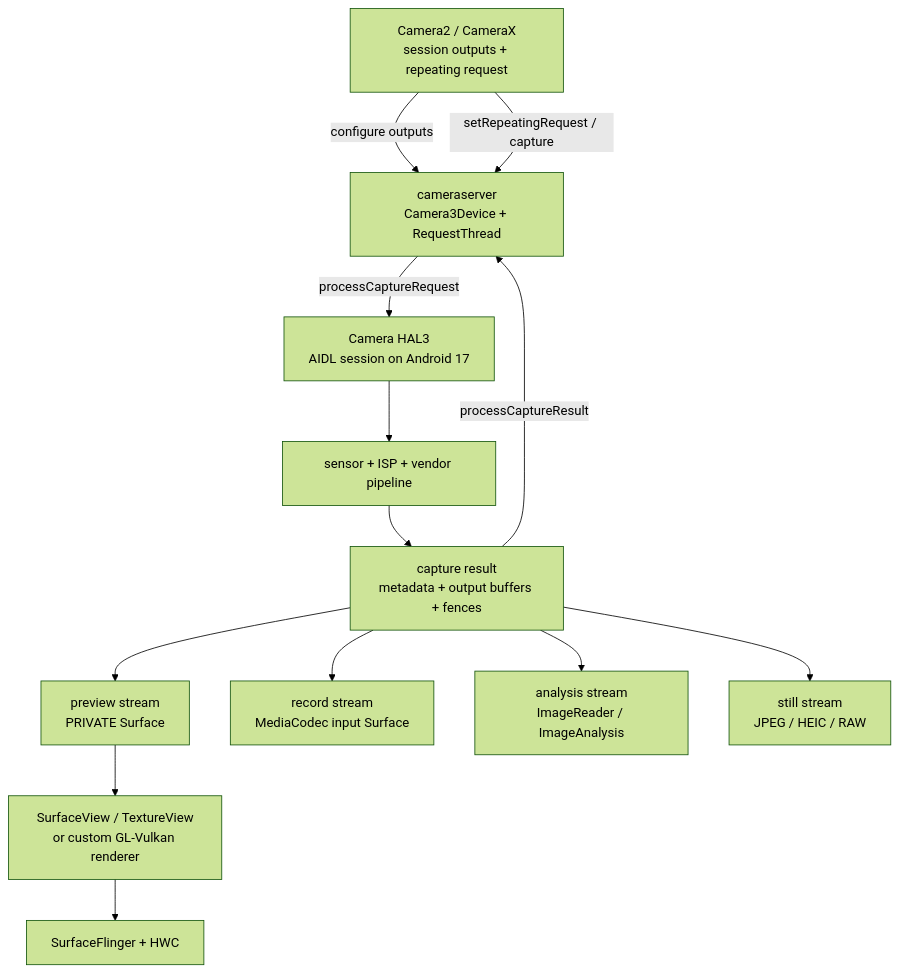
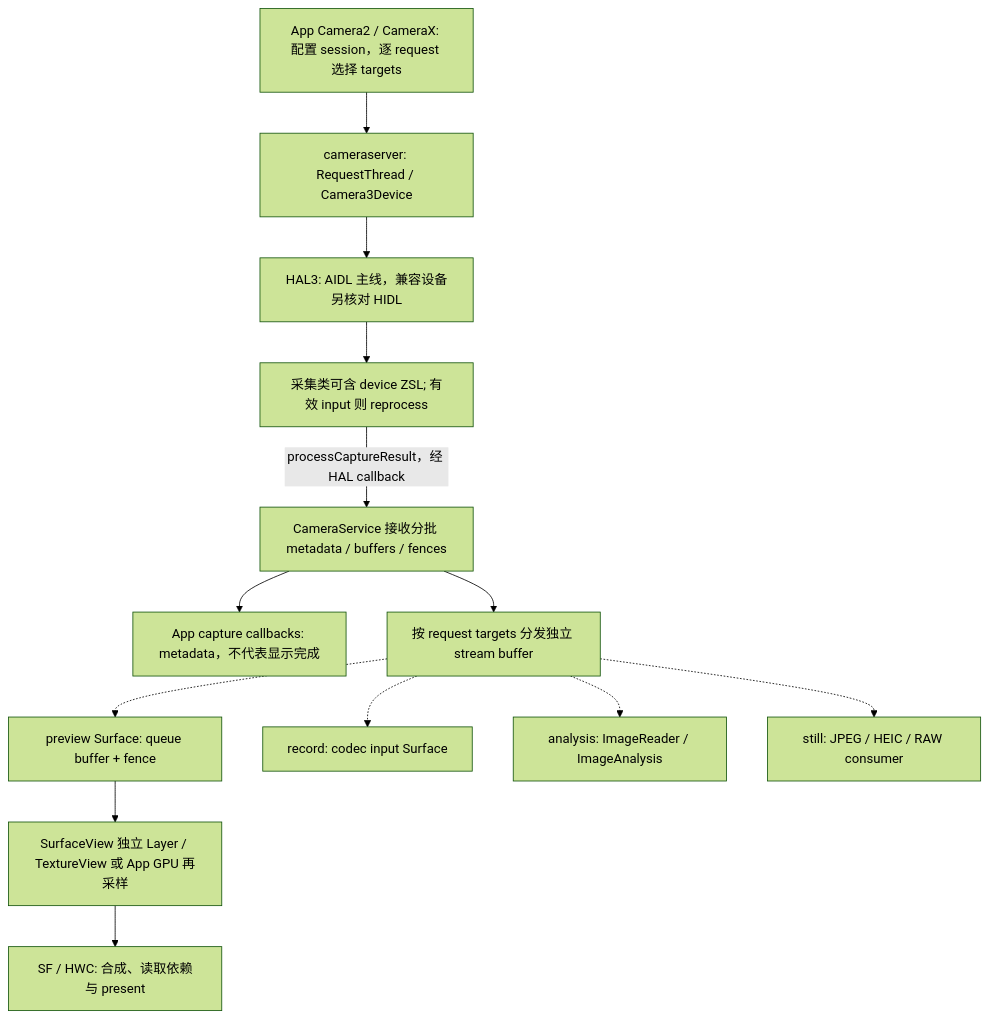
One commit to Gracker/android-internals-wiki changed the diagram in src/part2-performance/ch13-rendering-pipelines/10-camera-pipeline.md. Above: the diagram before and after it, drawn with Mermaid (forest theme). The commit also changed other lines of this file and 196 other files, not shown here.

````diff
--- a/src/part2-performance/ch13-rendering-pipelines/10-camera-pipeline.md
+++ b/src/part2-performance/ch13-rendering-pipelines/10-camera-pipeline.md
@@ -237,24 +247,25 @@
 ```mermaid
 flowchart TD
-    App["Camera2 / CameraX<br/>session outputs + repeating request"]
-    Server["cameraserver<br/>Camera3Device + RequestThread"]
-    HAL["Camera HAL3<br/>AIDL session on Android 17"]
-    Sensor["sensor + ISP + vendor pipeline"]
-    Result["capture result<br/>metadata + output buffers + fences"]
-    Preview["preview stream<br/>PRIVATE Surface"]
-    Record["record stream<br/>MediaCodec input Surface"]
-    Analysis["analysis stream<br/>ImageReader / ImageAnalysis"]
-    Still["still stream<br/>JPEG / HEIC / RAW"]
-    PreviewCarrier["SurfaceView / TextureView<br/>or custom GL-Vulkan renderer"]
-    SF["SurfaceFlinger + HWC"]
-
-    App -->|"configure outputs"| Server
-    App -->|"setRepeatingRequest / capture"| Server
-    Server -->|"processCaptureRequest"| HAL
-    HAL --> Sensor --> Result
-    Result -->|"processCaptureResult"| Server
-    Result --> Preview --> PreviewCarrier --> SF
-    Result --> Record
-    Result --> Analysis
-    Result --> Still
+    App["App Camera2 / CameraX: 配置 session，逐 request 选择 targets"]
+    Server["cameraserver: RequestThread / Camera3Device"]
+    HAL["HAL3: AIDL 主线，兼容设备另核对 HIDL"]
+    Work["采集类可含 device ZSL; 有效 input 则 reprocess"]
+    Return["CameraService 接收分批 metadata / buffers / fences"]
+    Meta["App capture callbacks: metadata，不代表显示完成"]
+    Streams["按 request targets 分发独立 stream buffer"]
+    Preview["preview Surface: queue buffer + fence"]
+    Record["record: codec input Surface"]
+    Analysis["analysis: ImageReader / ImageAnalysis"]
+    Still["still: JPEG / HEIC / RAW consumer"]
+    Carrier["SurfaceView 独立 Layer / TextureView 或 App GPU 再采样"]
+    Display["SF / HWC: 合成、读取依赖与 present"]
+    App --> Server --> HAL --> Work
+    Work -->|"processCaptureResult，经 HAL callback"| Return
+    Return --> Meta
+    Return --> Streams
+    Streams -.-> Preview
+    Streams -.-> Record
+    Streams -.-> Analysis
+    Streams -.-> Still
+    Preview --> Carrier --> Display
 ```
````
